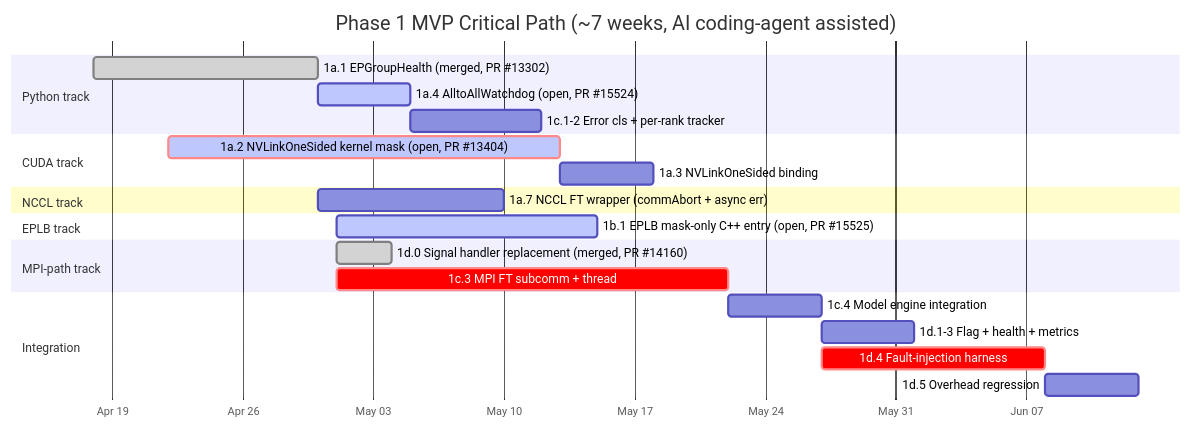
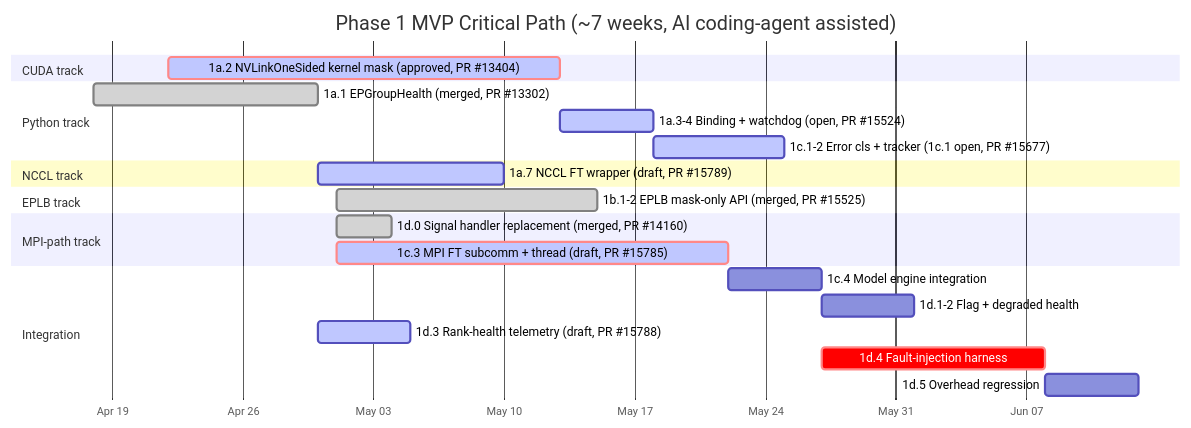
The diagram in docs/design/wide-ep-fault-tolerance/pr-execution/08-implementation-plan.md (chienchunhung/TensorRT-LLM), drawn with Mermaid before and after one commit. The commit also changed other lines of this file and 5 other files, not shown here.

````diff
--- a/docs/design/wide-ep-fault-tolerance/pr-execution/08-implementation-plan.md
+++ b/docs/design/wide-ep-fault-tolerance/pr-execution/08-implementation-plan.md
@@ -107,31 +110,31 @@
 ```mermaid
 gantt
     title Phase 1 MVP Critical Path (~7 weeks, AI coding-agent assisted)
     dateFormat YYYY-MM-DD
     axisFormat %b %d
 
+    section CUDA track
+    1a.2 NVLinkOneSided kernel mask (approved, PR #13404) :crit, active, a3, 2026-04-22, 21d
+
     section Python track
     1a.1 EPGroupHealth (merged, PR #13302)      :done, a1, 2026-04-18, 12d
-    1a.4 AlltoAllWatchdog (open, PR #15524)     :active, a2, after a1, 5d
-    1c.1-2 Error cls + per-rank tracker         :a6, after a2, 7d
-
-    section CUDA track
-    1a.2 NVLinkOneSided kernel mask (open, PR #13404) :crit, active, a3, 2026-04-22, 21d
-    1a.3 NVLinkOneSided binding                 :a4, after a3, 5d
+    1a.3-4 Binding + watchdog (open, PR #15524) :active, a2, after a3, 5d
+    1c.1-2 Error cls + tracker (1c.1 open, PR #15677) :active, a6, after a2, 7d
 
     section NCCL track
-    1a.7 NCCL FT wrapper (commAbort + async err) :a7nccl, after a1, 10d
+    1a.7 NCCL FT wrapper (draft, PR #15789)      :active, a7nccl, after a1, 10d
 
     section EPLB track
-    1b.1 EPLB mask-only C++ entry (open, PR #15525) :active, a5, 2026-05-01, 14d
+    1b.1-2 EPLB mask-only API (merged, PR #15525) :done, a5, 2026-05-01, 14d
 
     section MPI-path track
     1d.0 Signal handler replacement (merged, PR #14160) :done, a0, 2026-05-01, 3d
-    1c.3 MPI FT subcomm + thread                :crit, ac3, 2026-05-01, 21d
+    1c.3 MPI FT subcomm + thread (draft, PR #15785) :crit, active, ac3, 2026-05-01, 21d
 
     section Integration
     1c.4 Model engine integration               :a7, after ac3, 5d
-    1d.1-3 Flag + health + metrics              :a8, after a7, 5d
+    1d.1-2 Flag + degraded health               :a8, after a7, 5d
+    1d.3 Rank-health telemetry (draft, PR #15788) :active, a8metrics, after a1, 5d
     1d.4 Fault-injection harness                :crit, a9, after a7, 12d
     1d.5 Overhead regression                    :a10, after a9, 5d
 ```
````
